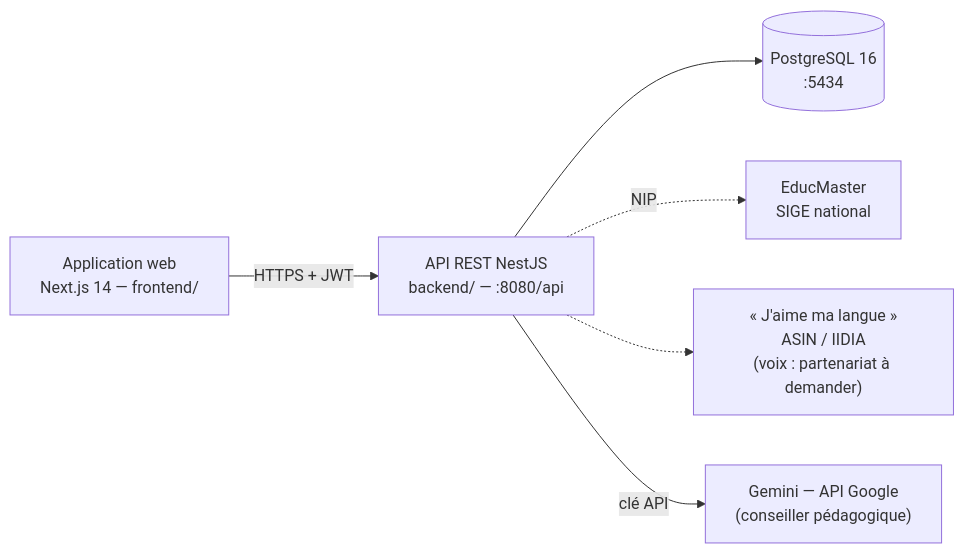
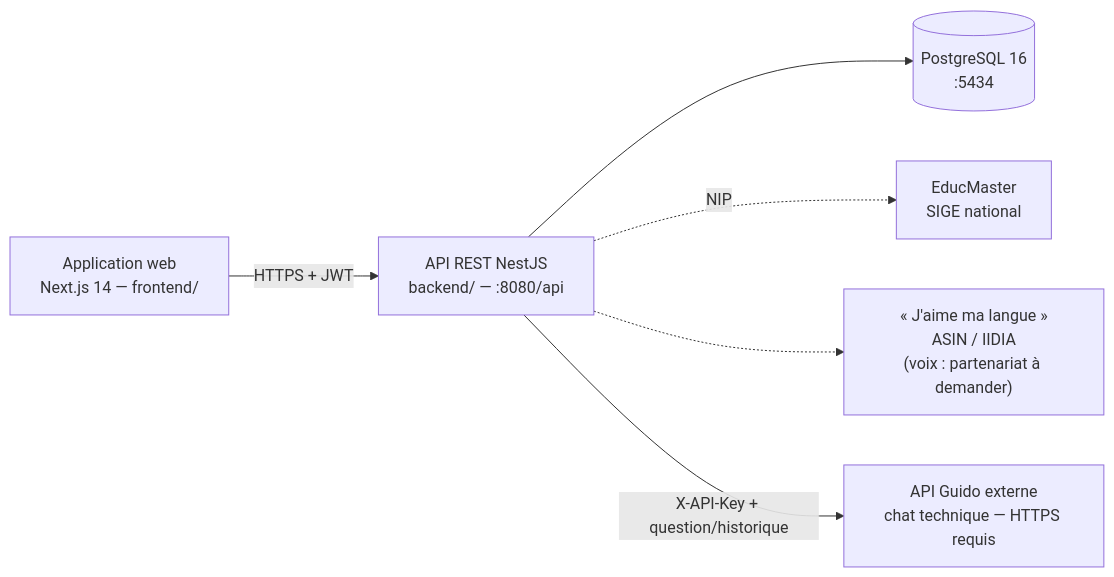
One commit to Team-D-MESRS/Mon-Orientation changed the diagram in README.md. Above: the diagram before and after it, drawn with Mermaid. The commit also changed other lines of this file and 1 other file, not shown here.

First line of the commit message:
docs: aligne README et ARCHITECTURE sur Guido en API externe

````diff
--- a/README.md
+++ b/README.md
@@ -66,15 +67,15 @@
 ```mermaid
 flowchart LR
   W["Application web<br/>Next.js 14 — frontend/"]
   API["API REST NestJS<br/>backend/ — :8080/api"]
   DB[("PostgreSQL 16<br/>:5434")]
   EM["EducMaster<br/>SIGE national"]
   JML["« J'aime ma langue »<br/>ASIN / IIDIA<br/>(voix : partenariat à demander)"]
-  LLM["Gemini — API Google<br/>(conseiller pédagogique)"]
+  G["API Guido externe<br/>chat technique — HTTPS requis"]
 
   W -->|HTTPS + JWT| API
   API --> DB
   API -.->|NIP| EM
   API -.-> JML
-  API -->|clé API| LLM
+  API -->|X-API-Key + question/historique| G
 ```
````
